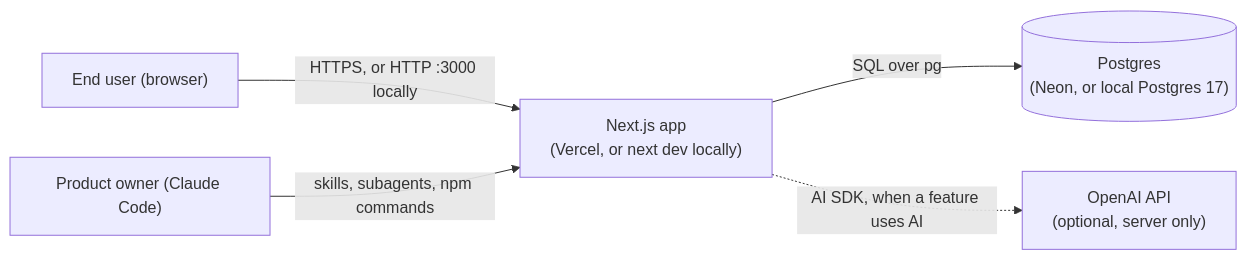
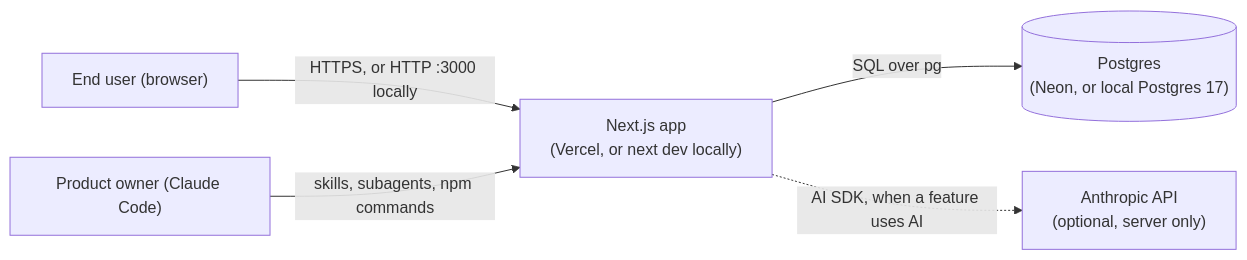
Before and after one commit to Blueydata/ai-dev-foundation: the diagram in docs/technical/overview.md, drawn with Mermaid. The commit also changed other lines of this file and 17 other files, not shown here.

First line of the commit message:
feat: use the Anthropic API (Claude models) for the app's AI instead of OpenAI

````diff
--- a/docs/technical/overview.md
+++ b/docs/technical/overview.md
@@ -9,12 +9,12 @@
 ```mermaid
 flowchart LR
   user["End user (browser)"]
   owner["Product owner (Claude Code)"]
   app["Next.js app<br/>(Vercel, or next dev locally)"]
   db[("Postgres<br/>(Neon, or local Postgres 17)")]
-  openai["OpenAI API<br/>(optional, server only)"]
+  anthropic["Anthropic API<br/>(optional, server only)"]
   user -- "HTTPS, or HTTP :3000 locally" --> app
   owner -- "skills, subagents, npm commands" --> app
   app -- "SQL over pg" --> db
-  app -. "AI SDK, when a feature uses AI" .-> openai
+  app -. "AI SDK, when a feature uses AI" .-> anthropic
 ```
````
